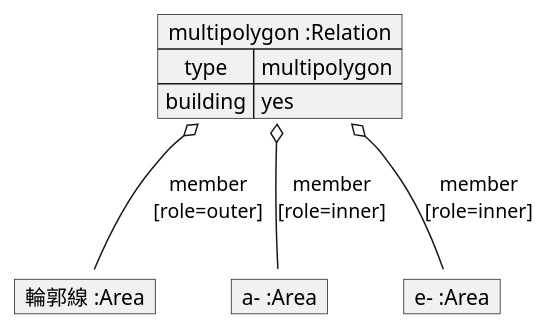
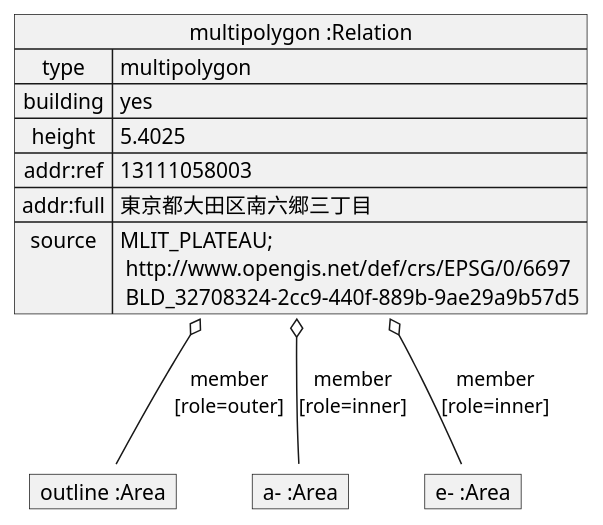
One commit to yuuhayashi/citygml-osm changed the diagram in doc/building/multipolygon.pu. Above: the diagram before and after it, drawn with PlantUML. The commit also changed 15 other files, not shown here.

```diff
--- a/doc/building/multipolygon.pu
+++ b/doc/building/multipolygon.pu
@@ -1,18 +1,22 @@
 @startuml
 map "multipolygon :Relation" as multipolygon {
  type => multipolygon
  building => yes
+ height => 5.4025
+ addr:ref => 13111058003
+ addr:full => 東京都大田区南六郷三丁目
+ source => MLIT_PLATEAU;\n http://www.opengis.net/def/crs/EPSG/0/6697\n BLD_32708324-2cc9-440f-889b-9ae29a9b57d5
 }
 
-map "輪郭線 :Area" as outer {
+map "outline :Area" as outer {
 }
 
 map "a- :Area" as a {
 }
 map "e- :Area" as e {
 }
 
 multipolygon o-- outer : member\n[role=outer]
 multipolygon o-- a : member\n[role=inner]
 multipolygon o-- e : member\n[role=inner]
 @enduml
```
